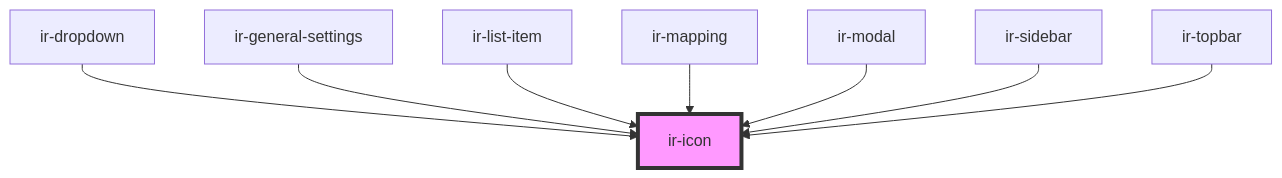
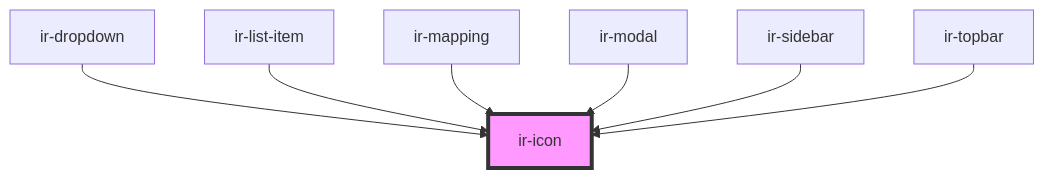
One commit to David1Chowaifaty/modified-ir-webcmp changed the diagram in src/components/ir-icon/readme.md. Above: the diagram before and after it, drawn with Mermaid. The commit also changed other lines of this file and 5 other files, not shown here.

Commit message:
General Settings,next will move to Mapping Tab

````diff
--- a/src/components/ir-icon/readme.md
+++ b/src/components/ir-icon/readme.md
@@ -28,11 +27,10 @@
 ```mermaid
 graph TD;
   ir-dropdown --> ir-icon
-  ir-general-settings --> ir-icon
   ir-list-item --> ir-icon
   ir-mapping --> ir-icon
   ir-modal --> ir-icon
   ir-sidebar --> ir-icon
   ir-topbar --> ir-icon
   style ir-icon fill:#f9f,stroke:#333,stroke-width:4px
 ```
````
